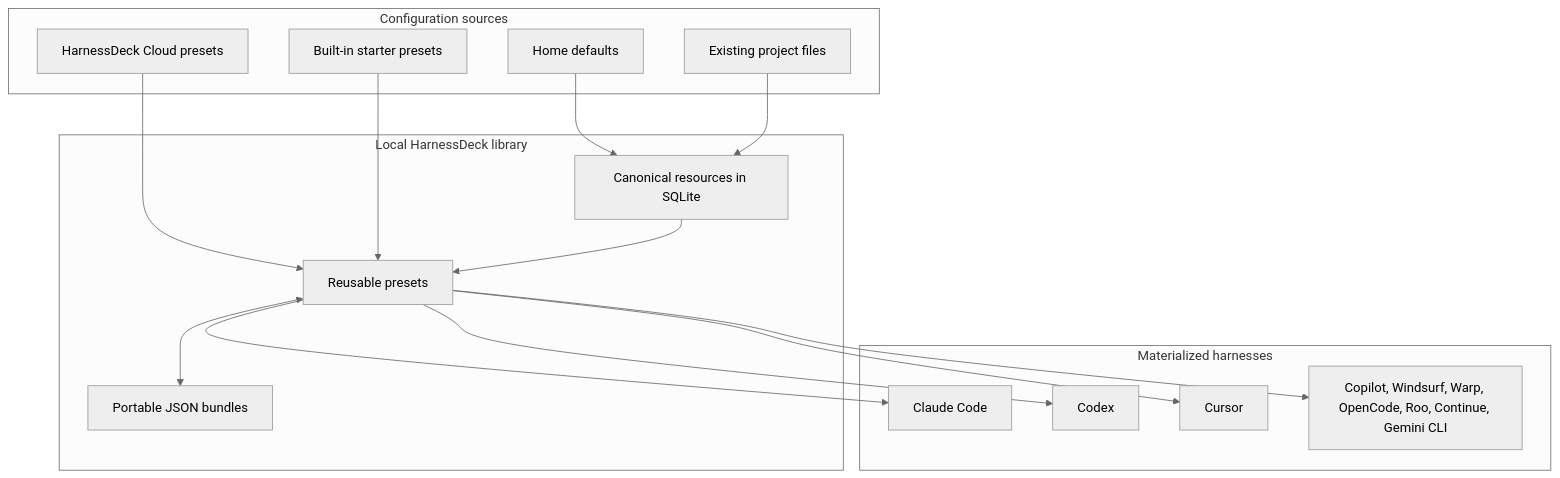
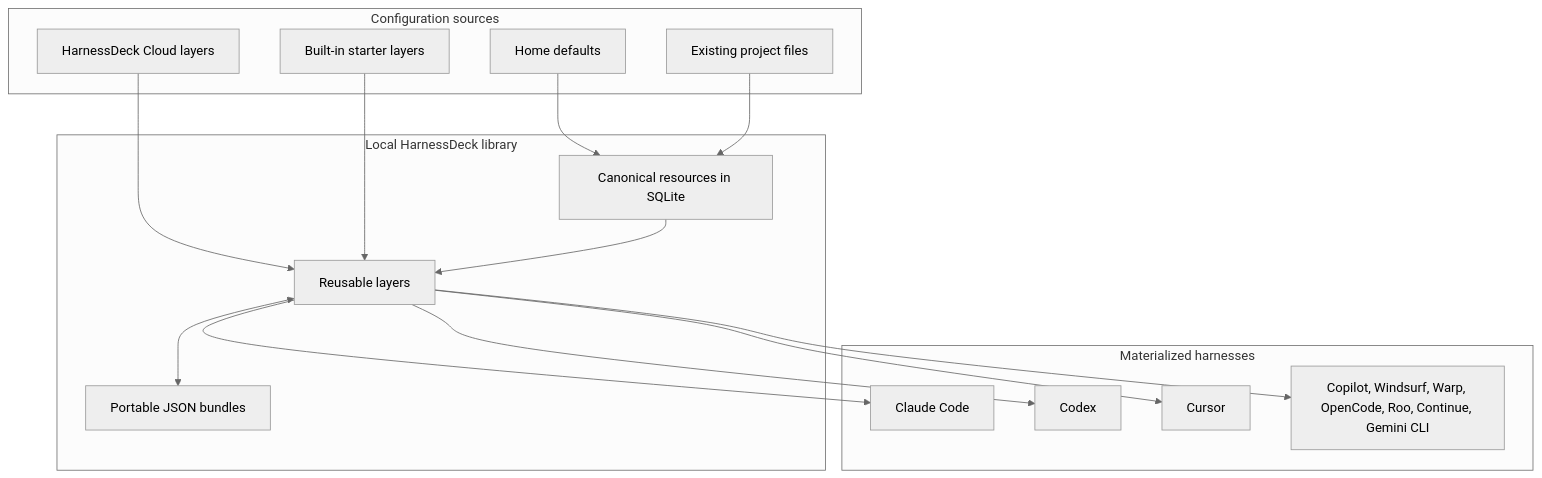
Before and after one commit to harnesstap/harnesstap: the first of 3 diagrams in README.md, drawn with Mermaid (neutral theme). The commit also changed other lines of this file and 134 other files, not shown here.

````diff
--- a/README.md
+++ b/README.md
@@ -21,33 +21,33 @@
 ```mermaid
 flowchart TB
   subgraph Sources[Configuration sources]
     Home[Home defaults]
     Repo[Existing project files]
-    Cloud[HarnessDeck Cloud presets]
-    BuiltIn[Built-in starter presets]
+    Cloud[HarnessDeck Cloud layers]
+    BuiltIn[Built-in starter layers]
   end
 
   subgraph Library[Local HarnessDeck library]
     Resources[Canonical resources in SQLite]
-    Presets[Reusable presets]
+    Layers[Reusable layers]
     Bundles[Portable JSON bundles]
   end
 
   subgraph Targets[Materialized harnesses]
     Claude[Claude Code]
     Codex[Codex]
     Cursor[Cursor]
     Generic[Copilot, Windsurf, Warp, OpenCode, Roo, Continue, Gemini CLI]
   end
 
   Home --> Resources
   Repo --> Resources
-  Cloud --> Presets
-  BuiltIn --> Presets
-  Resources --> Presets
-  Presets <--> Bundles
-  Presets --> Claude
-  Presets --> Codex
-  Presets --> Cursor
-  Presets --> Generic
+  Cloud --> Layers
+  BuiltIn --> Layers
+  Resources --> Layers
+  Layers <--> Bundles
+  Layers --> Claude
+  Layers --> Codex
+  Layers --> Cursor
+  Layers --> Generic
 ```
````
